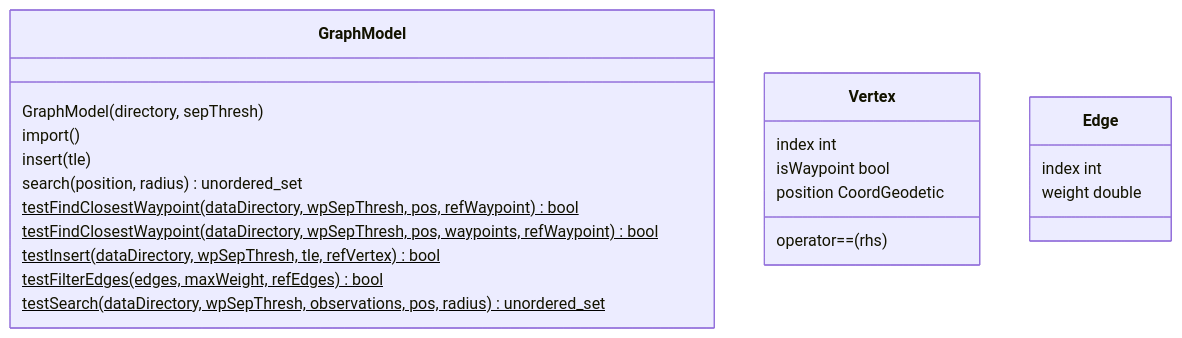
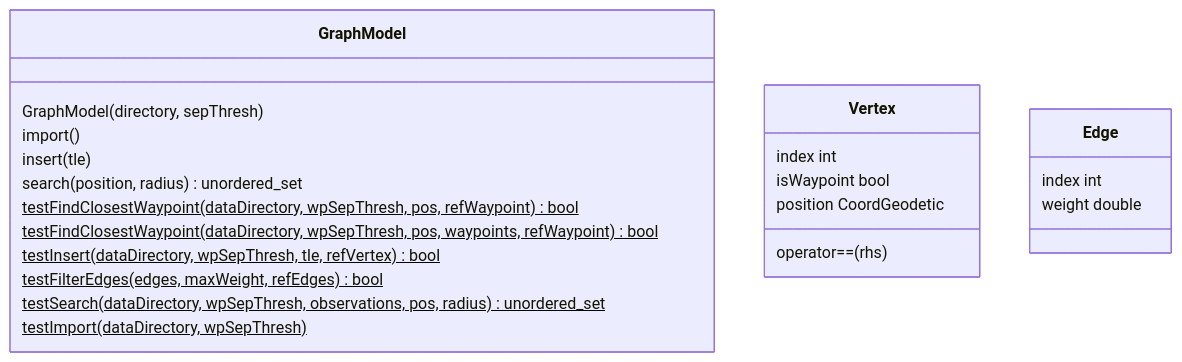
One commit to brosenthal140/satellite-coverage-tracker changed the fifth of 12 diagrams in README.md. Above: the diagram before and after it, drawn with Mermaid. The commit also changed other lines of this file and 3 other files, not shown here.

````diff
--- a/README.md
+++ b/README.md
@@ -141,24 +141,25 @@
 ```mermaid
 classDiagram
 class GraphModel {
     GraphModel(directory, sepThresh)
     import()
     insert(tle)
     search(position, radius) unordered_set<int>
     testFindClosestWaypoint(dataDirectory, wpSepThresh, pos, refWaypoint)$ bool
     testFindClosestWaypoint(dataDirectory, wpSepThresh, pos, waypoints, refWaypoint)$ bool
     testInsert(dataDirectory, wpSepThresh, tle, refVertex)$ bool
     testFilterEdges(edges, maxWeight, refEdges)$ bool
     testSearch(dataDirectory, wpSepThresh, observations, pos, radius)$ unordered_set<int>
+    testImport(dataDirectory, wpSepThresh)$ 
 }
 class Vertex {
     index int
     isWaypoint bool
     position CoordGeodetic
     operator==(rhs)
 }
 class Edge {
     index int
     weight double
 }
 ```
````
